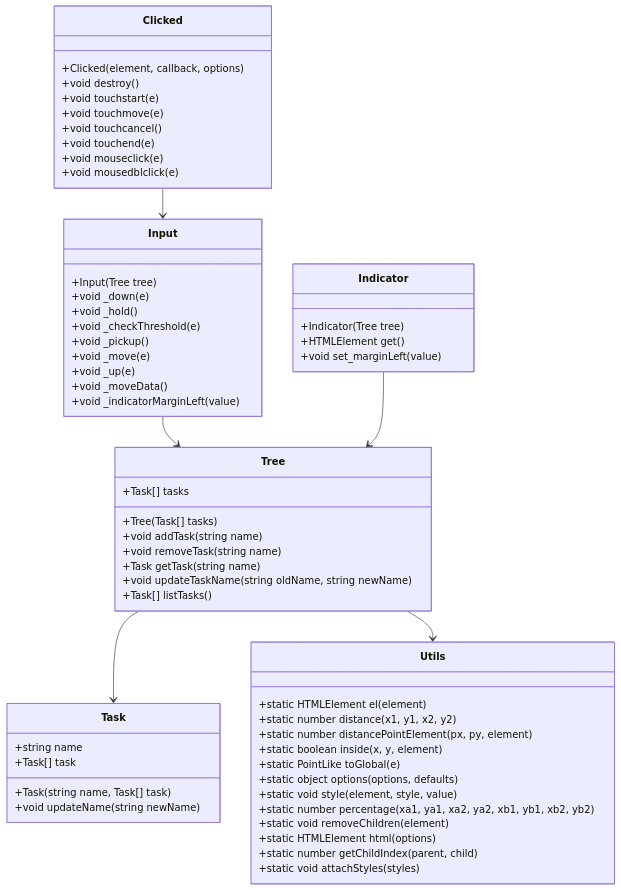
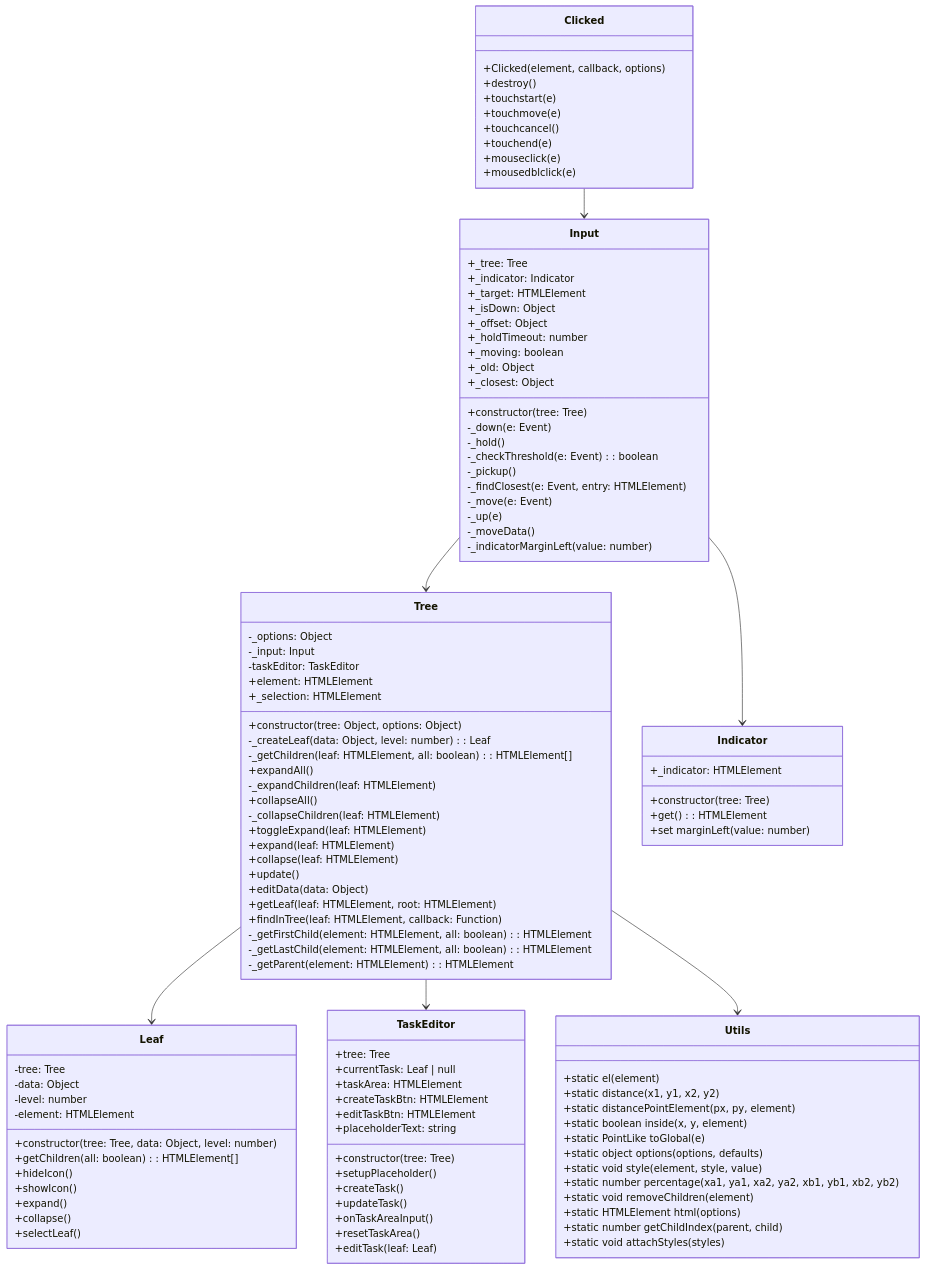
The second of 2 diagrams in README.md (alexut/taskape-editor), drawn with Mermaid before and after one commit. The commit also changed other lines of this file and 23 other files, not shown here.

````diff
--- a/README.md
+++ b/README.md
@@ -31,69 +40,120 @@
 ```mermaid
 classDiagram
-    class Tree {
-        +Task[] tasks
-        +Tree(Task[] tasks)
-        +void addTask(string name)
-        +void removeTask(string name)
-        +Task getTask(string name)
-        +void updateTaskName(string oldName, string newName)
-        +Task[] listTasks()
-    }
+  class Tree {
+    -_options: Object
+    -_input: Input
+    -taskEditor: TaskEditor
+    +element: HTMLElement
+    +_selection: HTMLElement
+    +constructor(tree: Object, options: Object)
+    -_createLeaf(data: Object, level: number): Leaf
+    -_getChildren(leaf: HTMLElement, all: boolean): HTMLElement[]
+    +expandAll()
+    -_expandChildren(leaf: HTMLElement)
+    +collapseAll()
+    -_collapseChildren(leaf: HTMLElement)
+    +toggleExpand(leaf: HTMLElement)
+    +expand(leaf: HTMLElement) 
+    +collapse(leaf: HTMLElement) 
+    +update()
+    +editData(data: Object)
+    +getLeaf(leaf: HTMLElement, root: HTMLElement)
+    +findInTree(leaf: HTMLElement, callback: Function)
+    -_getFirstChild(element: HTMLElement, all: boolean): HTMLElement
+    -_getLastChild(element: HTMLElement, all: boolean): HTMLElement
+    -_getParent(element: HTMLElement): HTMLElement
+  }
 
-    class Task {
-        +string name
-        +Task[] task
-        +Task(string name, Task[] task)
-        +void updateName(string newName)
-    }
+  class Leaf {
+    -tree: Tree
+    -data: Object
+    -level: number
+    -element: HTMLElement
+    +constructor(tree: Tree, data: Object, level: number)
+    +getChildren(all: boolean): HTMLElement[]
+    +hideIcon()
+    +showIcon()
+    +expand()
+    +collapse()
+    +selectLeaf()
+  }
 
-    class Clicked {
-        +Clicked(element, callback, options)
-        +void destroy()
-        +void touchstart(e)
-        +void touchmove(e)
-        +void touchcancel()
-        +void touchend(e)
-        +void mouseclick(e)
-        +void mousedblclick(e)
-    }
+  class Input {
+    +_tree: Tree
+    +_indicator: Indicator
+    +_target: HTMLElement
+    +_isDown: Object
+    +_offset: Object
+    +_holdTimeout: number
+    +_moving: boolean
+    +_old: Object
+    +_closest: Object
+    +constructor(tree: Tree)
+    -_down(e: Event)
+    -_hold()
+    -_checkThreshold(e: Event): boolean
+    -_pickup()
+    -_findClosest(e: Event, entry: HTMLElement)
+    -_move(e: Event)
+    -_up(e)
+    -_moveData()
+    -_indicatorMarginLeft(value: number)
+  }
 
-    class Input {
-        +Input(Tree tree)
-        +void _down(e)
-        +void _hold()
-        +void _checkThreshold(e)
-        +void _pickup()
-        +void _move(e)
-        +void _up(e)
-        +void _moveData()
-        +void _indicatorMarginLeft(value)
-    }
+  class Indicator {
+    +_indicator: HTMLElement
+    +constructor(tree: Tree)
+    +get(): HTMLElement
+    +set marginLeft(value: number)
+  }
 
-    class Indicator {
-        +Indicator(Tree tree)
-        +HTMLElement get()
-        +void set_marginLeft(value)
-    }
+  class Clicked {
+    +Clicked(element, callback, options)
+    +destroy()
+    +touchstart(e)
+    +touchmove(e)
+    +touchcancel()
+    +touchend(e)
+    +mouseclick(e)
+    +mousedblclick(e)
+  }
 
-    class Utils {
-        +static HTMLElement el(element)
-        +static number distance(x1, y1, x2, y2)
-        +static number distancePointElement(px, py, element)
-        +static boolean inside(x, y, element)
-        +static PointLike toGlobal(e)
-        +static object options(options, defaults)
-        +static void style(element, style, value)
-        +static number percentage(xa1, ya1, xa2, ya2, xb1, yb1, xb2, yb2)
-        +static void removeChildren(element)
-        +static HTMLElement html(options)
-        +static number getChildIndex(parent, child)
-        +static void attachStyles(styles)
-    }
+  class TaskEditor {
+    +tree: Tree
+    +currentTask: Leaf | null
+    +taskArea: HTMLElement
+    +createTaskBtn: HTMLElement
+    +editTaskBtn: HTMLElement
+    +placeholderText: string
+    +constructor(tree: Tree)
+    +setupPlaceholder()
+    +createTask()
+    +updateTask()
+    +onTaskAreaInput()
+    +resetTaskArea()
+    +editTask(leaf: Leaf)
+  }
 
-    Tree --> Task
-    Input --> Tree
-    Clicked --> Input
-    Indicator --> Tree
-    Tree --> Utils
+  class Utils {
+    +static el(element)
+    +static distance(x1, y1, x2, y2)
+    +static distancePointElement(px, py, element)
+    +static boolean inside(x, y, element)
+    +static PointLike toGlobal(e)
+    +static object options(options, defaults)
+    +static void style(element, style, value)
+    +static number percentage(xa1, ya1, xa2, ya2, xb1, yb1, xb2, yb2)
+    +static void removeChildren(element)
+    +static HTMLElement html(options)
+    +static number getChildIndex(parent, child)
+    +static void attachStyles(styles)
+  }
+
+  Tree --> Leaf
+  Tree --> TaskEditor
+  Input --> Tree
+  Input --> Indicator
+  Clicked --> Input
+  Tree --> Utils
+
 ```
````
